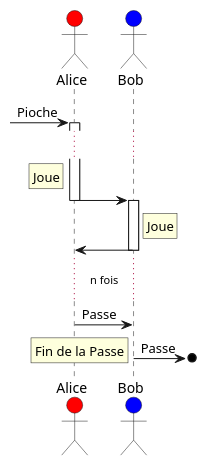
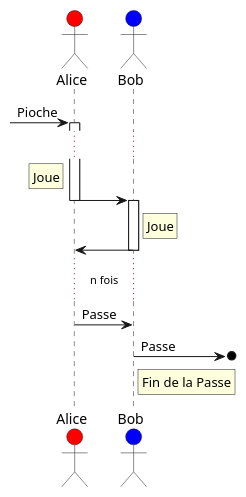
One commit to de-dale/wiki changed the seventh of 7 diagrams in sphérier/référence/phases-de-jeu/combat.md. Above: the diagram before and after it, drawn with PlantUML. The commit also changed other lines of this file, not shown here.

````diff
--- a/sphérier/référence/phases-de-jeu/combat.md
+++ b/sphérier/référence/phases-de-jeu/combat.md
@@ -223,20 +223,20 @@
 ```plantuml
 actor Alice #red
 actor Bob #blue
 [-> Alice ++ : Pioche
 
 ...
 rnote left of Alice: Joue
 Alice -> Bob --
 
 activate Bob
 rnote right of Bob: Joue
 Bob -> Alice --
 
 ... n fois ...
 
 Alice -> Bob -- : Passe
 
 Bob ->o] : Passe
-rnote right : Fin de la Passe
+rnote right of Bob: Fin de la Passe
 ```
````
